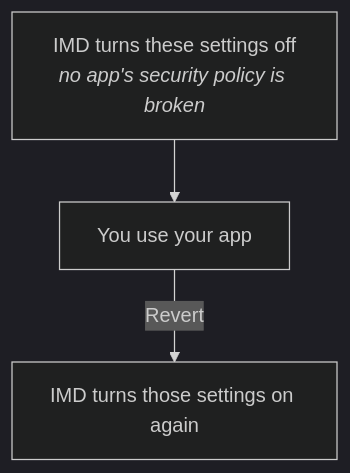
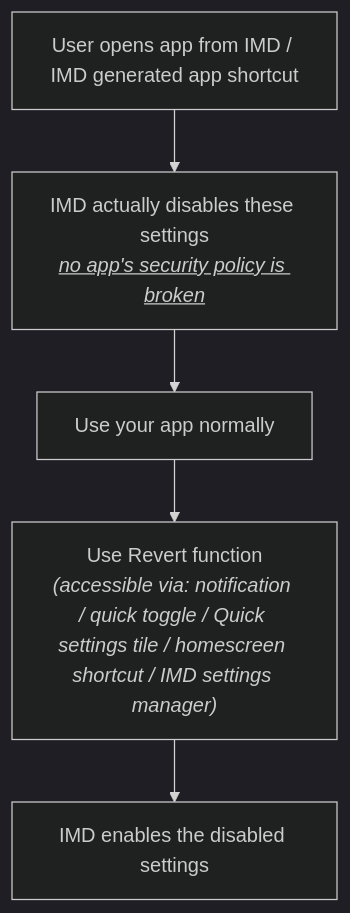
Before and after one commit to soul-99/SU_IMD: the diagram in README.md, drawn with Mermaid (dark theme). The commit also changed other lines of this file and 820 other files, not shown here.

First line of the commit message:
v3: automations, framework split, and the settings manager rebuilt

````diff
--- a/README.md
+++ b/README.md
@@ -20,8 +27,12 @@
 ```mermaid
 flowchart TD
-    A["IMD turns these settings off<br/><i>no app's security policy is broken</i>"]
-    B["You use your app"]
-    C["IMD turns those settings on again"]
+    A["User opens app from IMD / IMD generated app shortcut"]
+    B["IMD actually disables these settings<br/><i><u>no app's security policy is broken</u></i>"]
+    C["Use your app normally"]
+    D["Use Revert function<br/><i>(accessible via: notification / quick toggle / Quick settings tile / homescreen shortcut / IMD settings manager)</i>"]
+    E["IMD enables the disabled settings"]
     A --> B
-    B -- "Revert" --> C
+    B --> C
+    C --> D
+    D --> E
 ```
````
